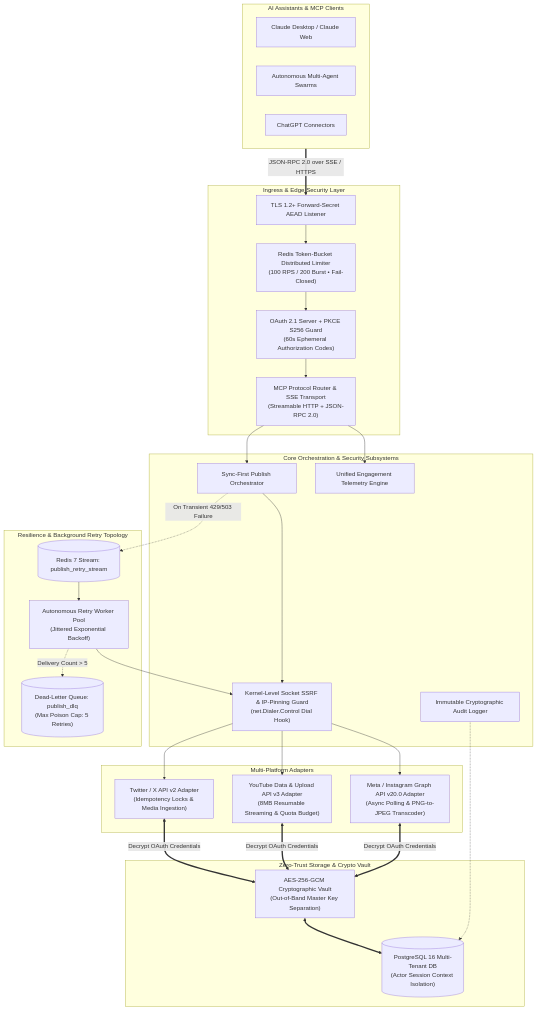
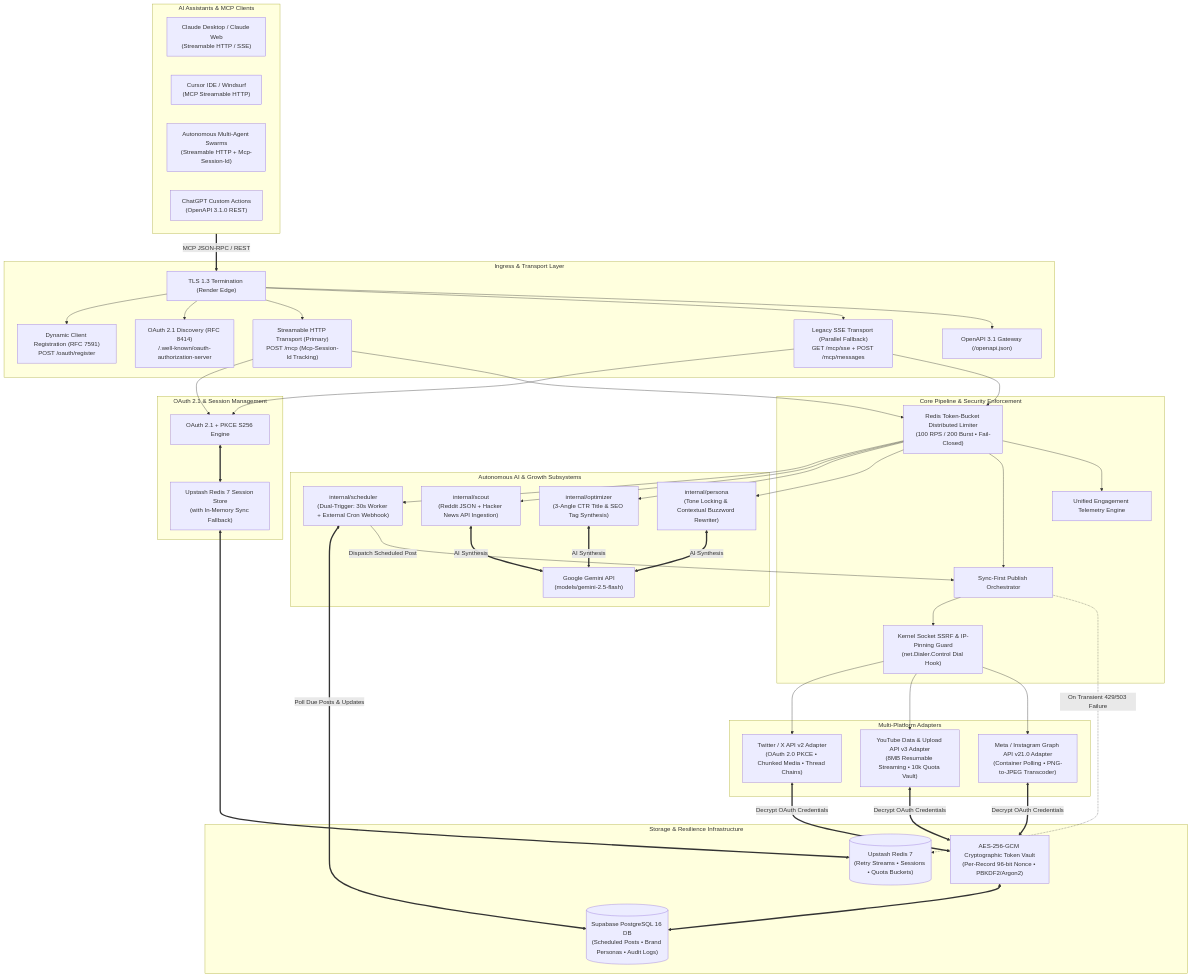
One commit to kuldeep-poonia/social-publish-mcp-server changed the diagram in ARCHITECTURE.md. Above: the diagram before and after it, drawn with Mermaid. The commit also changed other lines of this file and 3 other files, not shown here.

Commit message:
docs: comprehensive update to USER_GUIDE, README, ARCHITECTURE, and live website with 14 MCP tools, AI growth engine, Streamable HTTP, and legal endpoints

````diff
--- a/ARCHITECTURE.md
+++ b/ARCHITECTURE.md
@@ -11,57 +11,70 @@
 ```mermaid
 flowchart TD
     subgraph ClientLayer["AI Assistants & MCP Clients"]
-        Claude["Claude Desktop / Claude Web"]
-        Agents["Autonomous Multi-Agent Swarms"]
-        GPT["ChatGPT Connectors"]
+        Claude["Claude Desktop / Claude Web\n(Streamable HTTP / SSE)"]
+        Cursor["Cursor IDE / Windsurf\n(MCP Streamable HTTP)"]
+        Agents["Autonomous Multi-Agent Swarms\n(Streamable HTTP + Mcp-Session-Id)"]
+        GPT["ChatGPT Custom Actions\n(OpenAPI 3.1.0 REST)"]
     end
 
-    subgraph IngressGateway["Ingress & Edge Security Layer"]
-        TLS["TLS 1.2+ Forward-Secret AEAD Listener"]
-        RateLimiter["Redis Token-Bucket Distributed Limiter\n(100 RPS / 200 Burst • Fail-Closed)"]
-        AuthServer["OAuth 2.1 Server + PKCE S256 Guard\n(60s Ephemeral Authorization Codes)"]
-        MCPEngine["MCP Protocol Router & SSE Transport\n(Streamable HTTP + JSON-RPC 2.0)"]
+    subgraph IngressGateway["Ingress & Transport Layer"]
+        TLS["TLS 1.3 Termination (Render Edge)"]
+        DCR["Dynamic Client Registration (RFC 7591)\nPOST /oauth/register"]
+        OAuthDisc["OAuth 2.1 Discovery (RFC 8414)\n/.well-known/oauth-authorization-server"]
+        StreamableHTTP["Streamable HTTP Transport (Primary)\nPOST /mcp (Mcp-Session-Id Tracking)"]
+        LegacySSE["Legacy SSE Transport (Parallel Fallback)\nGET /mcp/sse + POST /mcp/messages"]
+        OpenAPIEngine["OpenAPI 3.1 Gateway (/openapi.json)"]
     end
 
-    subgraph CoreEngine["Core Orchestration & Security Subsystems"]
-        SSRFEngine["Kernel-Level Socket SSRF & IP-Pinning Guard\n(net.Dialer.Control Dial Hook)"]
+    subgraph AuthSession["OAuth 2.1 & Session Management"]
+        PKCEGuard["OAuth 2.1 + PKCE S256 Engine"]
+        SessionStore["Upstash Redis 7 Session Store\n(with In-Memory Sync Fallback)"]
+    end
+
+    subgraph IntelligenceLayer["Autonomous AI & Growth Subsystems"]
+        SchedulerService["internal/scheduler\n(Dual-Trigger: 30s Worker + External Cron Webhook)"]
+        ScoutService["internal/scout\n(Reddit JSON + Hacker News API Ingestion)"]
+        OptimizerService["internal/optimizer\n(3-Angle CTR Title & SEO Tag Synthesis)"]
+        PersonaService["internal/persona\n(Tone Locking & Contextual Buzzword Rewriter)"]
+        GeminiAPI["Google Gemini API\n(models/gemini-2.5-flash)"]
+    end
+
+    subgraph CoreEngine["Core Pipeline & Security Enforcement"]
+        RateLimiter["Redis Token-Bucket Distributed Limiter\n(100 RPS / 200 Burst • Fail-Closed)"]
+        SSRFGuard["Kernel Socket SSRF & IP-Pinning Guard\n(net.Dialer.Control Dial Hook)"]
         PublishEngine["Sync-First Publish Orchestrator"]
         AnalyticsEngine["Unified Engagement Telemetry Engine"]
-        AuditLogger["Immutable Cryptographic Audit Logger"]
     end
 
     subgraph AdaptersLayer["Multi-Platform Adapters"]
-        TwitterAdapter["Twitter / X API v2 Adapter\n(Idempotency Locks & Media Ingestion)"]
-        YouTubeAdapter["YouTube Data & Upload API v3 Adapter\n(8MB Resumable Streaming & Quota Budget)"]
-        InstagramAdapter["Meta / Instagram Graph API v20.0 Adapter\n(Async Polling & PNG-to-JPEG Transcoder)"]
+        TwitterAdapter["Twitter / X API v2 Adapter\n(OAuth 2.0 PKCE • Chunked Media • Thread Chains)"]
+        YouTubeAdapter["YouTube Data & Upload API v3 Adapter\n(8MB Resumable Streaming • 10k Quota Vault)"]
+        InstagramAdapter["Meta / Instagram Graph API v21.0 Adapter\n(Container Polling • PNG-to-JPEG Transcoder)"]
     end
 
-    subgraph AsyncResilience["Resilience & Background Retry Topology"]
-        RedisStream[("Redis 7 Stream: publish_retry_stream")]
-        RetryWorkers["Autonomous Retry Worker Pool\n(Jittered Exponential Backoff)"]
-        DLQ[("Dead-Letter Queue: publish_dlq\n(Max Poison Cap: 5 Retries)")]
+    subgraph PersistenceTier["Storage & Resilience Infrastructure"]
+        AESVault["AES-256-GCM Cryptographic Token Vault\n(Per-Record 96-bit Nonce • PBKDF2/Argon2)"]
+        SupabaseDB[("Supabase PostgreSQL 16 DB\n(Scheduled Posts • Brand Personas • Audit Logs)")]
+        UpstashRedis[("Upstash Redis 7\n(Retry Streams • Sessions • Quota Buckets)")]
     end
 
-    subgraph VaultTier["Zero-Trust Storage & Crypto Vault"]
-        AESVault["AES-256-GCM Cryptographic Vault\n(Out-of-Band Master Key Separation)"]
-        PostgresDB[("PostgreSQL 16 Multi-Tenant DB\n(Actor Session Context Isolation)")]
-    end
+    ClientLayer ==>|MCP JSON-RPC / REST| TLS
+    TLS --> DCR & OAuthDisc & StreamableHTTP & LegacySSE & OpenAPIEngine
+    StreamableHTTP & LegacySSE --> PKCEGuard
+    PKCEGuard <==> SessionStore
+    SessionStore <==> UpstashRedis
 
-    ClientLayer ==>|JSON-RPC 2.0 over SSE / HTTPS| TLS
-    TLS --> RateLimiter
-    RateLimiter --> AuthServer
-    AuthServer --> MCPEngine
-    MCPEngine --> PublishEngine & AnalyticsEngine
-    
-    PublishEngine --> SSRFEngine
-    SSRFEngine --> TwitterAdapter & YouTubeAdapter & InstagramAdapter
-    
+    StreamableHTTP & LegacySSE --> RateLimiter
+    RateLimiter --> SchedulerService & ScoutService & OptimizerService & PersonaService & PublishEngine & AnalyticsEngine
+
+    ScoutService & OptimizerService & PersonaService <==>|AI Synthesis| GeminiAPI
+    SchedulerService <==>|Poll Due Posts & Updates| SupabaseDB
+    SchedulerService -->|Dispatch Scheduled Post| PublishEngine
+
+    PublishEngine --> SSRFGuard
+    SSRFGuard --> TwitterAdapter & YouTubeAdapter & InstagramAdapter
+
     TwitterAdapter & YouTubeAdapter & InstagramAdapter <==>|Decrypt OAuth Credentials| AESVault
-    AESVault <==> PostgresDB
-    AuditLogger -.-> PostgresDB
-
-    PublishEngine -.->|On Transient 429/503 Failure| RedisStream
-    RedisStream --> RetryWorkers
-    RetryWorkers --> SSRFEngine
-    RetryWorkers -.->|Delivery Count > 5| DLQ
+    AESVault <==> SupabaseDB
+    PublishEngine -.->|On Transient 429/503 Failure| UpstashRedis
 ```
````
